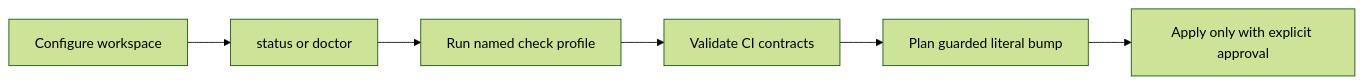
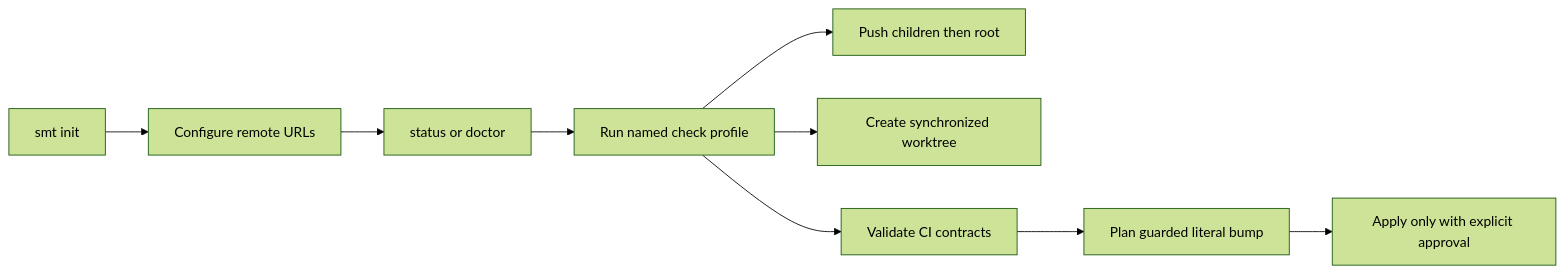
One commit to parmcoder/smt changed the diagram in docs/00-project/SMT - Product Concept.md. Above: the diagram before and after it, drawn with Mermaid (forest theme). The commit also changed other lines of this file and 5 other files, not shown here.

````diff
--- a/docs/00-project/SMT - Product Concept.md
+++ b/docs/00-project/SMT - Product Concept.md
@@ -22,8 +21,11 @@
 ```mermaid
 flowchart LR
-    A[Configure workspace] --> B[status or doctor]
-    B --> C[Run named check profile]
-    C --> D[Validate CI contracts]
-    D --> E[Plan guarded literal bump]
-    E --> F[Apply only with explicit approval]
+    A[smt init] --> B[Configure remote URLs]
+    B --> C[status or doctor]
+    C --> D[Run named check profile]
+    D --> E[Push children then root]
+    D --> F[Create synchronized worktree]
+    D --> G[Validate CI contracts]
+    G --> H[Plan guarded literal bump]
+    H --> I[Apply only with explicit approval]
 ```
````
